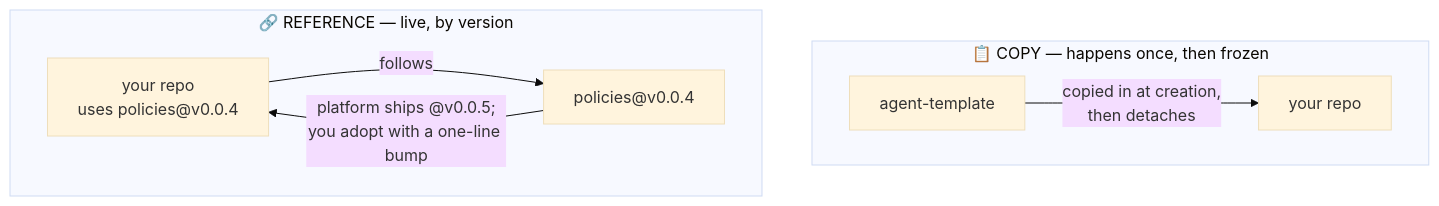
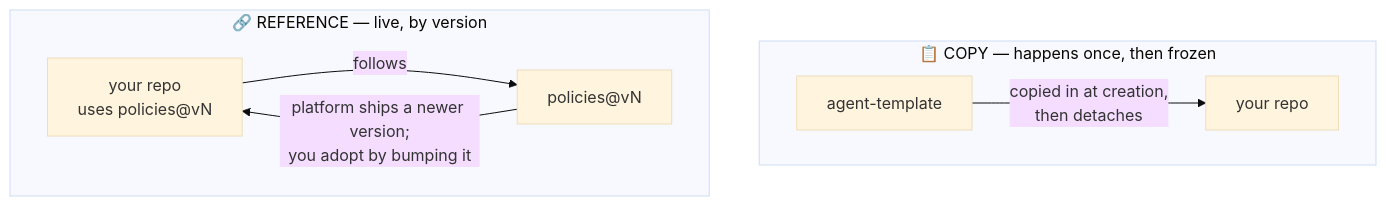
One commit to turingplanet/agent-legion changed the second of 5 diagrams in README.md. Above: the diagram before and after it, drawn with Mermaid (base theme). The commit also changed other lines of this file, not shown here.

````diff
--- a/README.md
+++ b/README.md
@@ -32,12 +32,12 @@
 ```mermaid
 flowchart TB
     subgraph COPY["📋 COPY — happens once, then frozen"]
         direction LR
         T["agent-template"] -- "copied in at creation,<br/>then detaches" --> Y["your repo"]
     end
     subgraph REF["🔗 REFERENCE — live, by version"]
         direction LR
-        Y2["your repo<br/>uses policies@v0.0.4"] -- "follows" --> P["policies@v0.0.4"]
-        P -- "platform ships @v0.0.5;<br/>you adopt with a one-line bump" --> Y2
+        Y2["your repo<br/>uses policies@vN"] -- "follows" --> P["policies@vN"]
+        P -- "platform ships a newer version;<br/>you adopt by bumping it" --> Y2
     end
 ```
````
